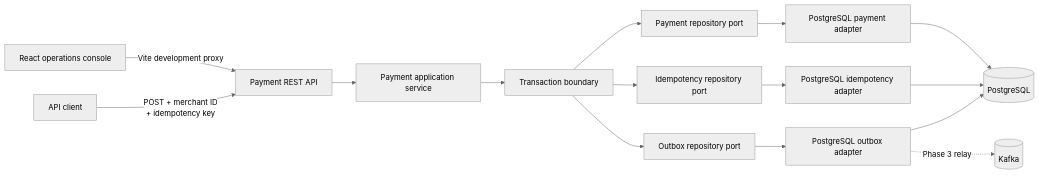
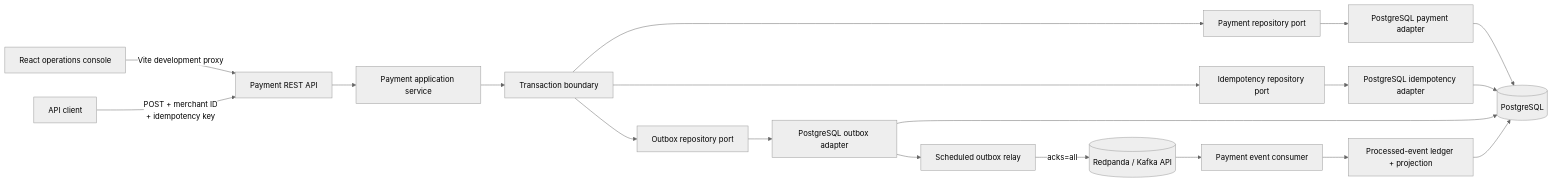
Before and after one commit to yasaswimandava/payment-reliability-lab: the first of 3 diagrams in README.md, drawn with Mermaid (neutral theme). The commit also changed other lines of this file and 27 other files, not shown here.

Commit message:
feat: deliver payment events through Kafka

````diff
--- a/README.md
+++ b/README.md
@@ -48,17 +51,21 @@
 ```mermaid
 flowchart LR
     Console[React operations console] -->|Vite development proxy| Controller
     Client[API client] -->|POST + merchant ID<br/>+ idempotency key| Controller[Payment REST API]
     Controller --> Application[Payment application service]
     Application --> Transaction[Transaction boundary]
     Transaction --> PaymentPort[Payment repository port]
     Transaction --> KeyPort[Idempotency repository port]
     Transaction --> OutboxPort[Outbox repository port]
     PaymentPort --> PaymentAdapter[PostgreSQL payment adapter]
     KeyPort --> KeyAdapter[PostgreSQL idempotency adapter]
     OutboxPort --> OutboxAdapter[PostgreSQL outbox adapter]
     PaymentAdapter --> DB[(PostgreSQL)]
     KeyAdapter --> DB
     OutboxAdapter --> DB
-    OutboxAdapter -. Phase 3 relay .-> Kafka[(Kafka)]
+    OutboxAdapter --> Relay[Scheduled outbox relay]
+    Relay -->|acks=all| Kafka[(Redpanda / Kafka API)]
+    Kafka --> Consumer[Payment event consumer]
+    Consumer --> Ledger[Processed-event ledger + projection]
+    Ledger --> DB
 ```
````
